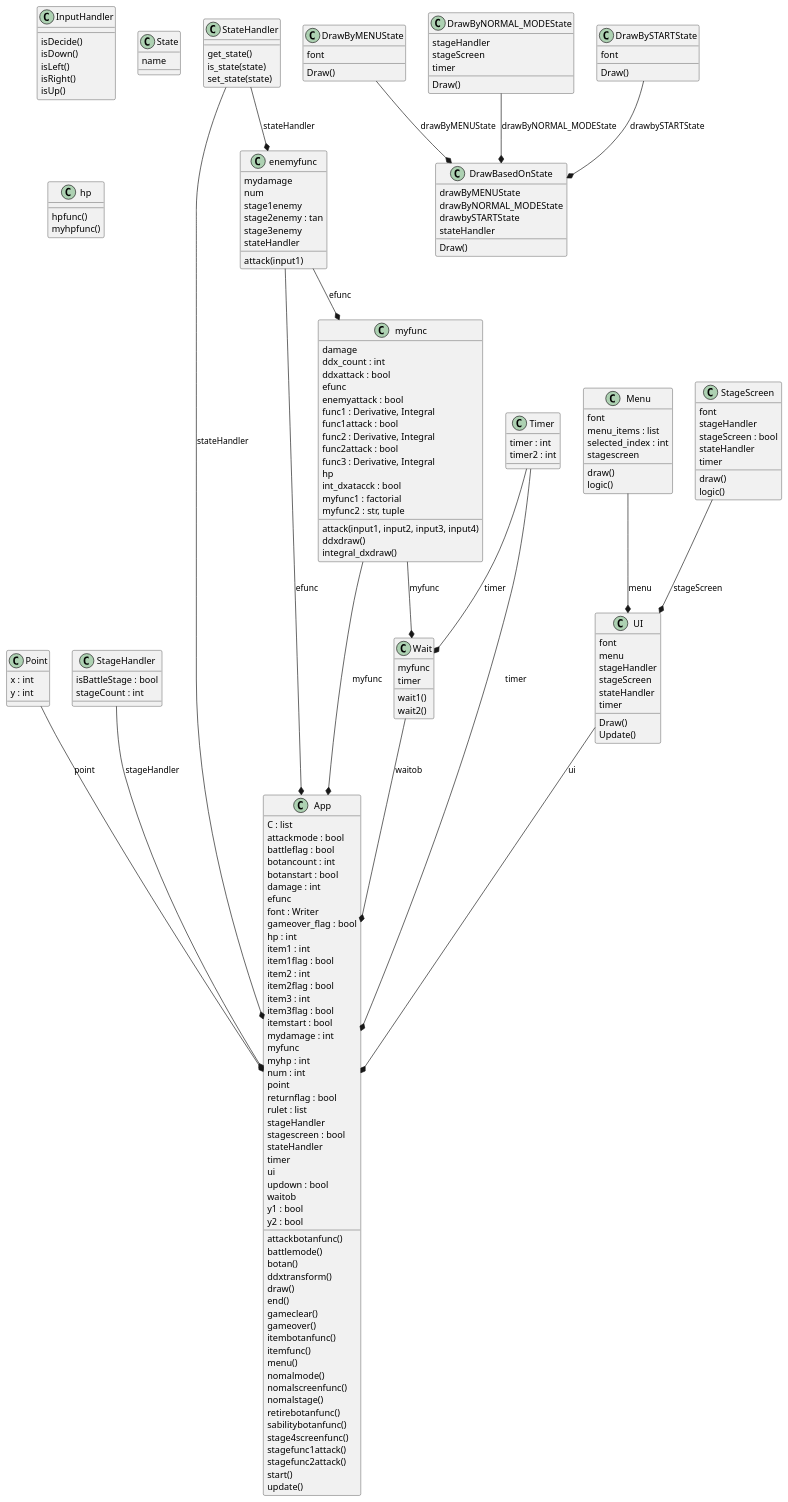
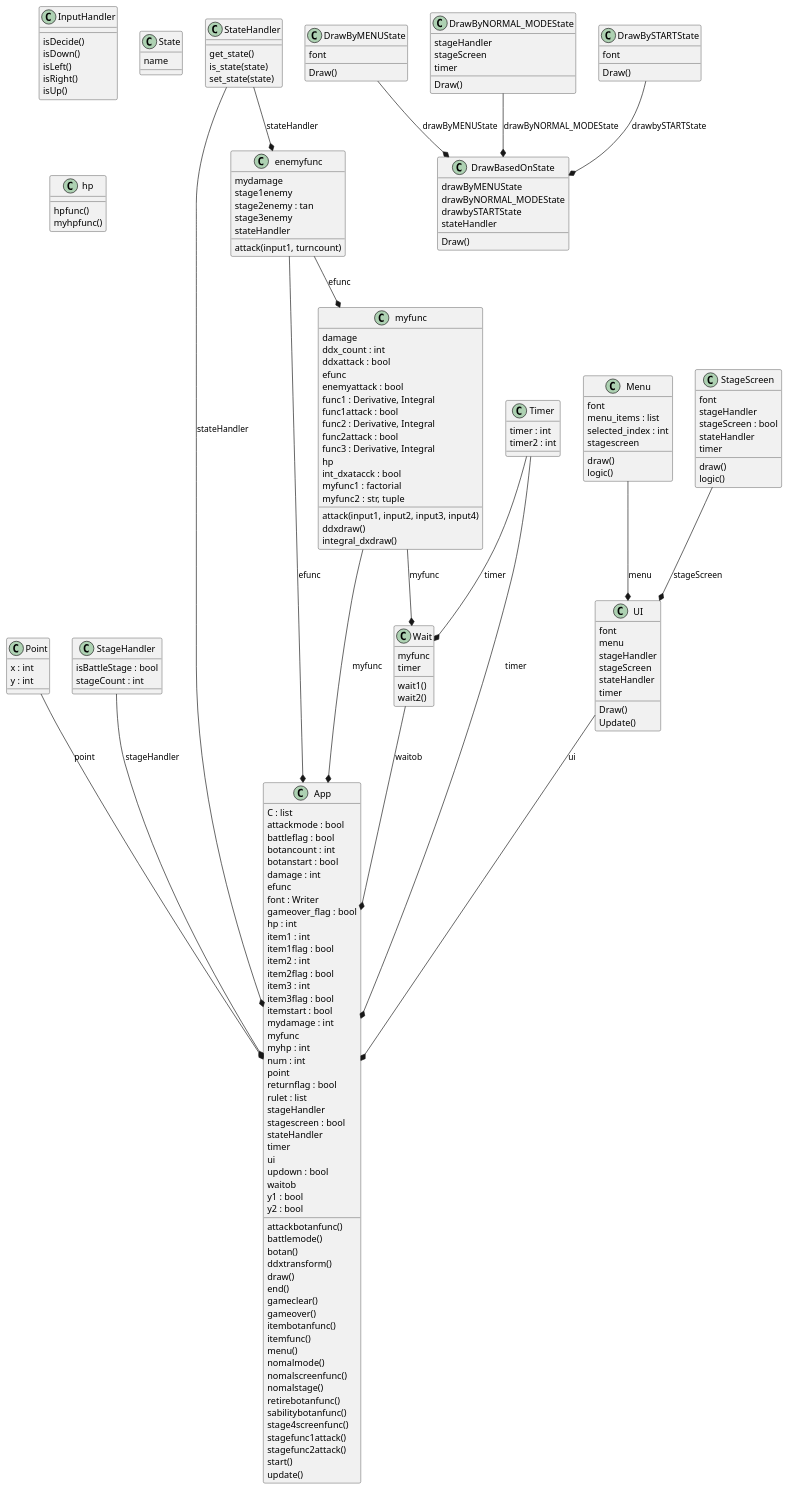
Before and after one commit to Minato-Hayakawa/ddx_rpg: the diagram in programs/main/classes.plantuml, drawn with PlantUML.

Commit message:
更新しました。

```diff
--- a/programs/main/classes.plantuml
+++ b/programs/main/classes.plantuml
@@ -1,189 +1,188 @@
 @startuml classes
 set namespaceSeparator none
 class "App" as main2.App {
   C : list
   attackmode : bool
   battleflag : bool
   botancount : int
   botanstart : bool
   damage : int
   efunc
   font : Writer
   gameover_flag : bool
   hp : int
   item1 : int
   item1flag : bool
   item2 : int
   item2flag : bool
   item3 : int
   item3flag : bool
   itemstart : bool
   mydamage : int
   myfunc
   myhp : int
   num : int
   point
   returnflag : bool
   rulet : list
   stageHandler
   stagescreen : bool
   stateHandler
   timer
   ui
   updown : bool
   waitob
   y1 : bool
   y2 : bool
   attackbotanfunc()
   battlemode()
   botan()
   ddxtransform()
   draw()
   end()
   gameclear()
   gameover()
   itembotanfunc()
   itemfunc()
   menu()
   nomalmode()
   nomalscreenfunc()
   nomalstage()
   retirebotanfunc()
   sabilitybotanfunc()
   stage4screenfunc()
   stagefunc1attack()
   stagefunc2attack()
   start()
   update()
 }
 class "DrawBasedOnState" as main2.DrawBasedOnState {
   drawByMENUState
   drawByNORMAL_MODEState
   drawbySTARTState
   stateHandler
   Draw()
 }
 class "DrawByMENUState" as main2.DrawByMENUState {
   font
   Draw()
 }
 class "DrawByNORMAL_MODEState" as main2.DrawByNORMAL_MODEState {
   stageHandler
   stageScreen
   timer
   Draw()
 }
 class "DrawBySTARTState" as main2.DrawBySTARTState {
   font
   Draw()
 }
 class "InputHandler" as main2.InputHandler {
   isDecide()
   isDown()
   isLeft()
   isRight()
   isUp()
 }
 class "Menu" as main2.UI.Menu {
   font
   menu_items : list
   selected_index : int
   stagescreen
   draw()
   logic()
 }
 class "Point" as main2.Point {
   x : int
   y : int
 }
 class "StageHandler" as main2.StageHandler {
   isBattleStage : bool
   stageCount : int
 }
 class "StageScreen" as main2.UI.StageScreen {
   font
   stageHandler
   stageScreen : bool
   stateHandler
   timer
   draw()
   logic()
 }
 class "State" as main2.State {
   name
 }
 class "StateHandler" as main2.StateHandler {
   get_state()
   is_state(state)
   set_state(state)
 }
 class "Timer" as main2.Timer {
   timer : int
   timer2 : int
 }
 class "UI" as main2.UI {
   font
   menu
   stageHandler
   stageScreen
   stateHandler
   timer
   Draw()
   Update()
 }
 class "Wait" as main2.Wait {
   myfunc
   timer
   wait1()
   wait2()
 }
 class "enemyfunc" as main2.enemyfunc {
   mydamage
-  num
   stage1enemy
   stage2enemy : tan
   stage3enemy
   stateHandler
-  attack(input1)
+  attack(input1, turncount)
 }
 class "hp" as main2.hp {
   hpfunc()
   myhpfunc()
 }
 class "myfunc" as main2.myfunc {
   damage
   ddx_count : int
   ddxattack : bool
   efunc
   enemyattack : bool
   func1 : Derivative, Integral
   func1attack : bool
   func2 : Derivative, Integral
   func2attack : bool
   func3 : Derivative, Integral
   hp
   int_dxatacck : bool
   myfunc1 : factorial
   myfunc2 : str, tuple
   attack(input1, input2, input3, input4)
   ddxdraw()
   integral_dxdraw()
 }
 main2.DrawByMENUState --* main2.DrawBasedOnState : drawByMENUState
 main2.DrawByNORMAL_MODEState --* main2.DrawBasedOnState : drawByNORMAL_MODEState
 main2.DrawBySTARTState --* main2.DrawBasedOnState : drawbySTARTState
 main2.Point --* main2.App : point
 main2.StageHandler --* main2.App : stageHandler
 main2.StateHandler --* main2.App : stateHandler
 main2.StateHandler --* main2.enemyfunc : stateHandler
 main2.Timer --* main2.App : timer
 main2.Timer --* main2.Wait : timer
 main2.UI --* main2.App : ui
 main2.UI.Menu --* main2.UI : menu
 main2.UI.StageScreen --* main2.UI : stageScreen
 main2.Wait --* main2.App : waitob
 main2.enemyfunc --* main2.App : efunc
 main2.enemyfunc --* main2.myfunc : efunc
 main2.myfunc --* main2.App : myfunc
 main2.myfunc --* main2.Wait : myfunc
 @enduml
```
